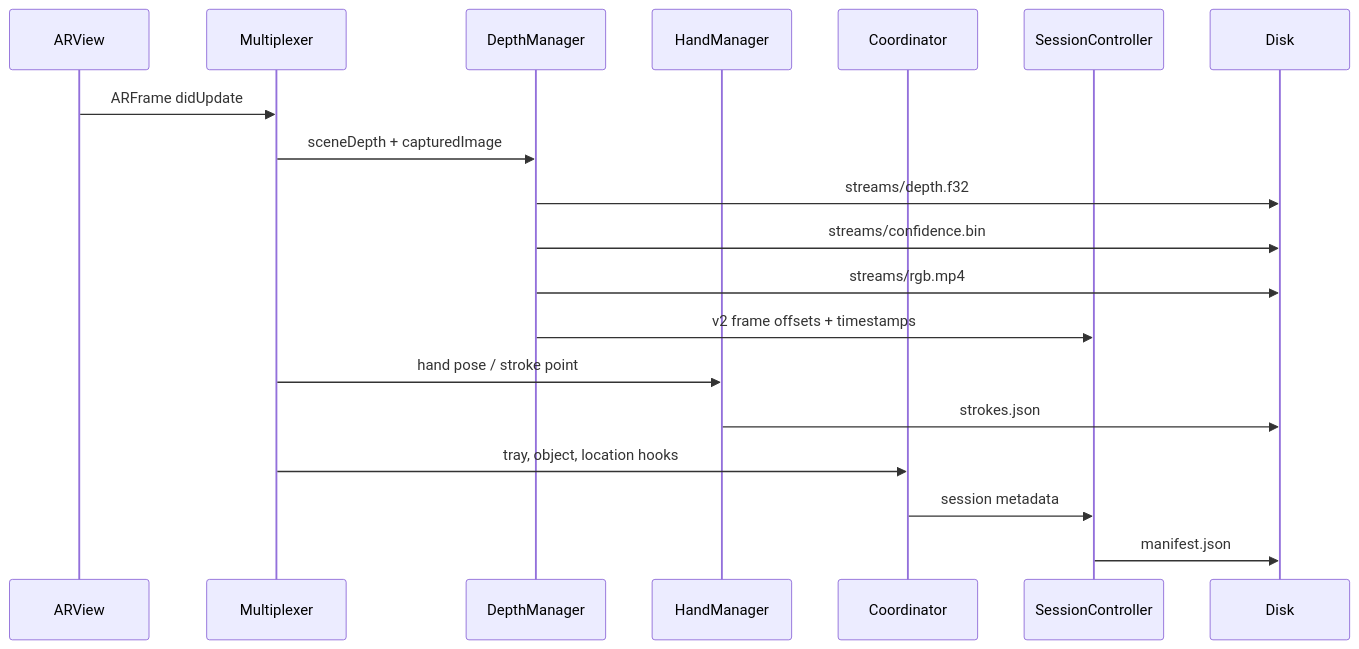
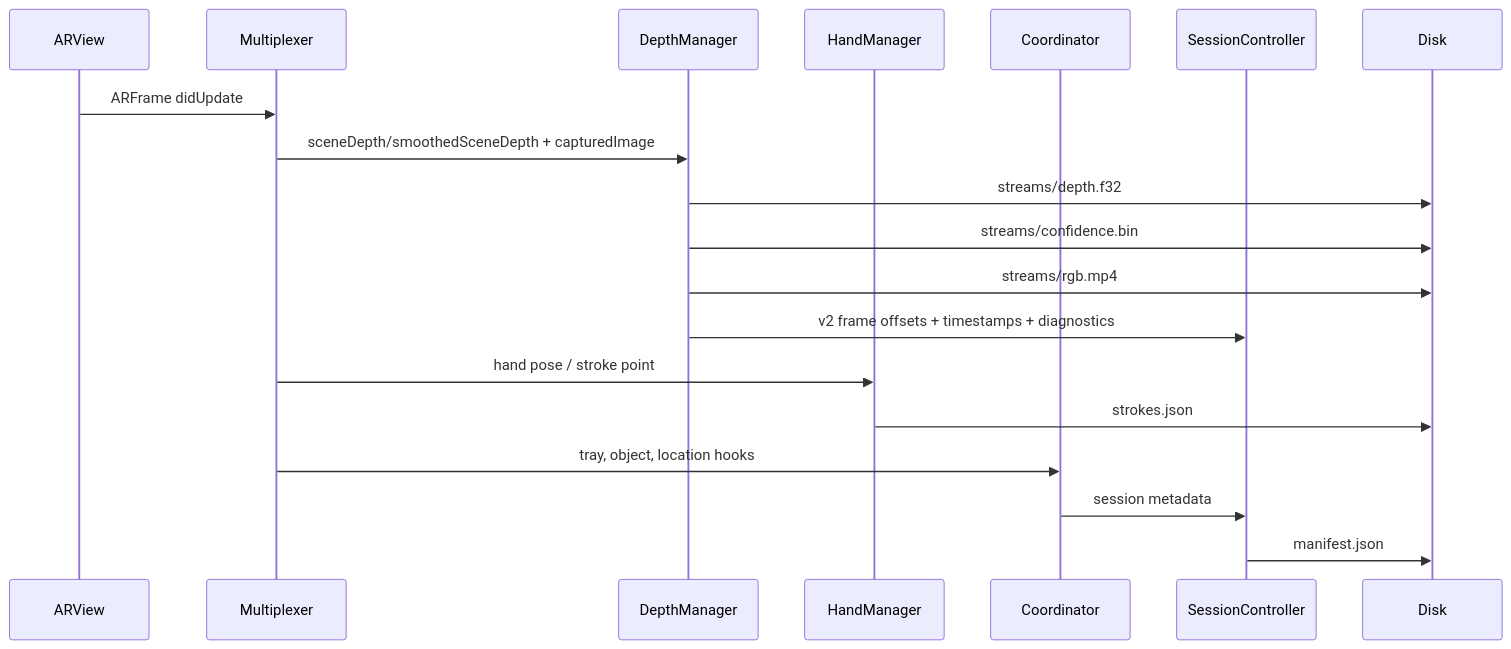
Before and after one commit to VijitPugalia/SandStories: the second of 4 diagrams in README.md, drawn with Mermaid. The commit also changed other lines of this file and 39 other files, not shown here.

````diff
--- a/README.md
+++ b/README.md
@@ -76,22 +78,22 @@
 ```mermaid
 sequenceDiagram
   participant ARView
   participant Multiplexer
   participant DepthManager
   participant HandManager
   participant Coordinator
   participant SessionController
   participant Disk
 
   ARView->>Multiplexer: ARFrame didUpdate
-  Multiplexer->>DepthManager: sceneDepth + capturedImage
+  Multiplexer->>DepthManager: sceneDepth/smoothedSceneDepth + capturedImage
   DepthManager->>Disk: streams/depth.f32
   DepthManager->>Disk: streams/confidence.bin
   DepthManager->>Disk: streams/rgb.mp4
-  DepthManager->>SessionController: v2 frame offsets + timestamps
+  DepthManager->>SessionController: v2 frame offsets + timestamps + diagnostics
   Multiplexer->>HandManager: hand pose / stroke point
   HandManager->>Disk: strokes.json
   Multiplexer->>Coordinator: tray, object, location hooks
   Coordinator->>SessionController: session metadata
   SessionController->>Disk: manifest.json
 ```
````
